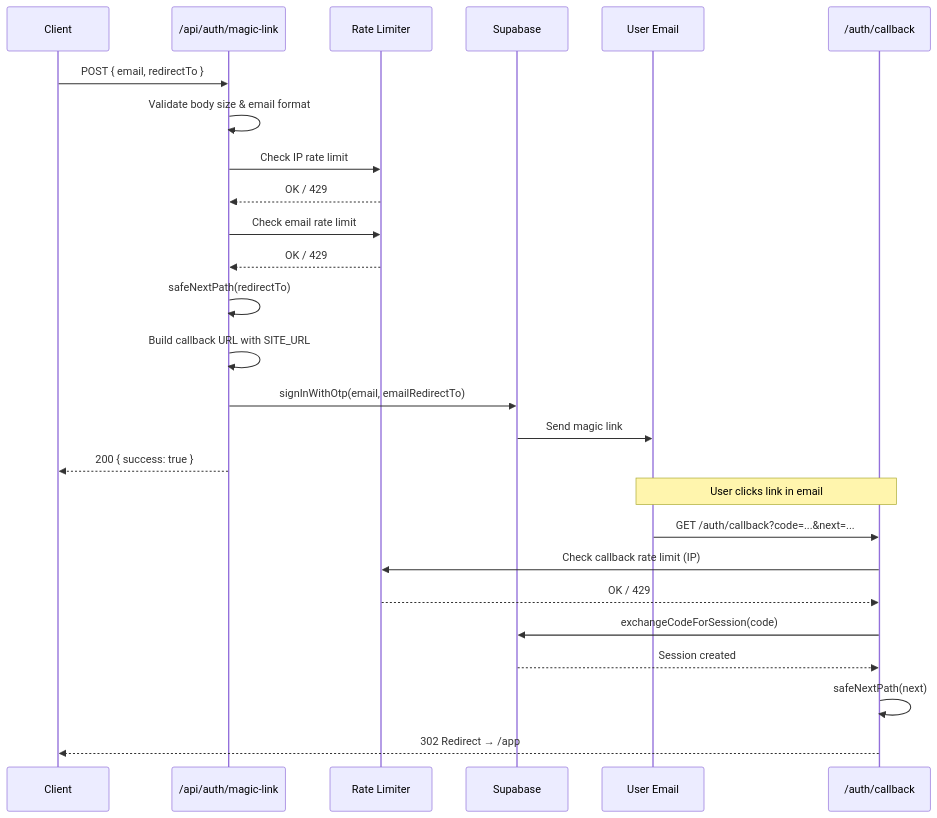
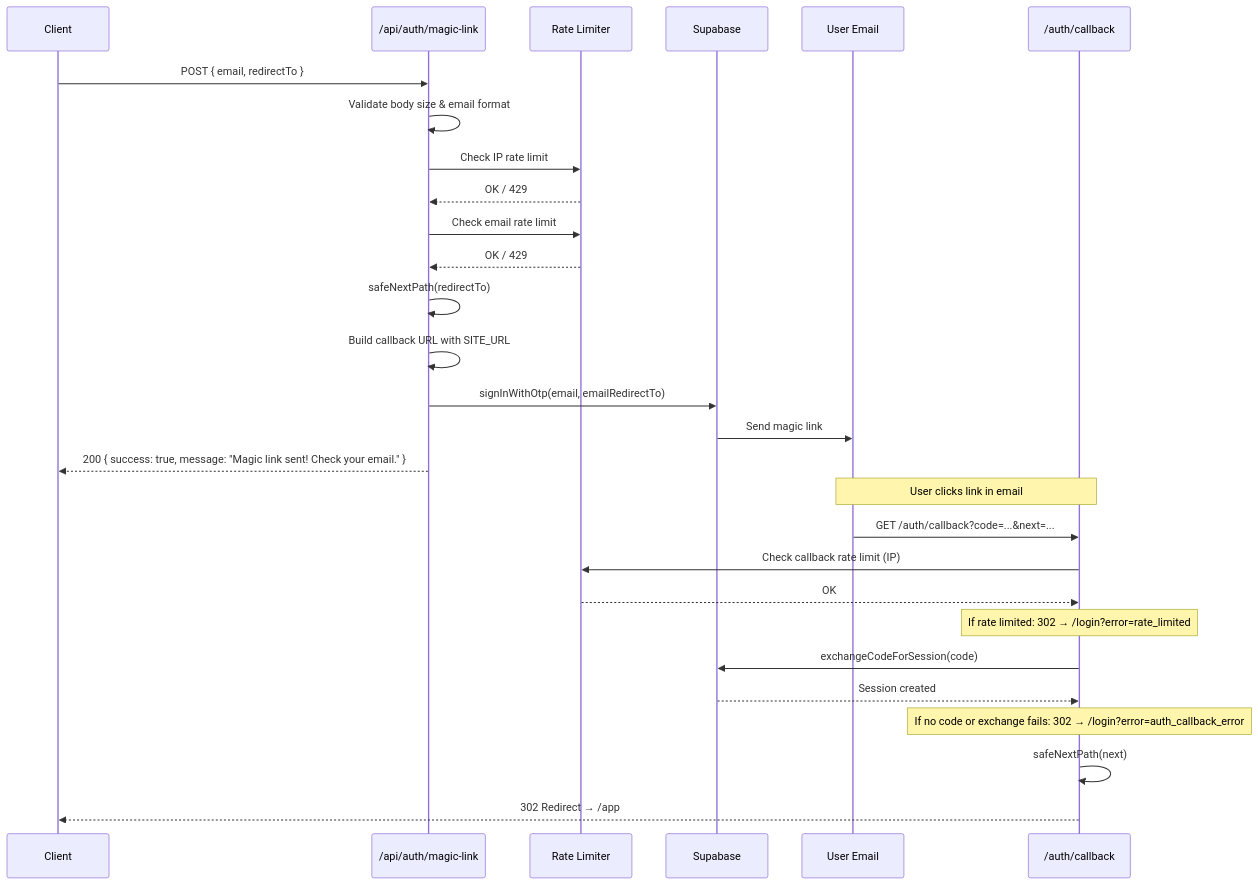
Before and after one commit to sznix/DSP_Nexus_P1: the diagram in docs/flows/auth-magic-link.md, drawn with Mermaid. The commit also changed other lines of this file and 5 other files, not shown here.

````diff
--- a/docs/flows/auth-magic-link.md
+++ b/docs/flows/auth-magic-link.md
@@ -74,31 +75,33 @@
 ```mermaid
 sequenceDiagram
     participant Client
     participant API as /api/auth/magic-link
     participant RL as Rate Limiter
     participant Supabase
     participant Email as User Email
     participant CB as /auth/callback
 
     Client->>API: POST { email, redirectTo }
     API->>API: Validate body size & email format
     API->>RL: Check IP rate limit
     RL-->>API: OK / 429
     API->>RL: Check email rate limit
     RL-->>API: OK / 429
     API->>API: safeNextPath(redirectTo)
     API->>API: Build callback URL with SITE_URL
     API->>Supabase: signInWithOtp(email, emailRedirectTo)
     Supabase->>Email: Send magic link
-    API-->>Client: 200 { success: true }
+    API-->>Client: 200 { success: true, message: "Magic link sent! Check your email." }
 
     Note over Email,CB: User clicks link in email
 
     Email->>CB: GET /auth/callback?code=...&next=...
     CB->>RL: Check callback rate limit (IP)
-    RL-->>CB: OK / 429
+    RL-->>CB: OK
+    Note over CB: If rate limited: 302 → /login?error=rate_limited
     CB->>Supabase: exchangeCodeForSession(code)
     Supabase-->>CB: Session created
+    Note over CB: If no code or exchange fails: 302 → /login?error=auth_callback_error
     CB->>CB: safeNextPath(next)
     CB-->>Client: 302 Redirect → /app
 ```
````
